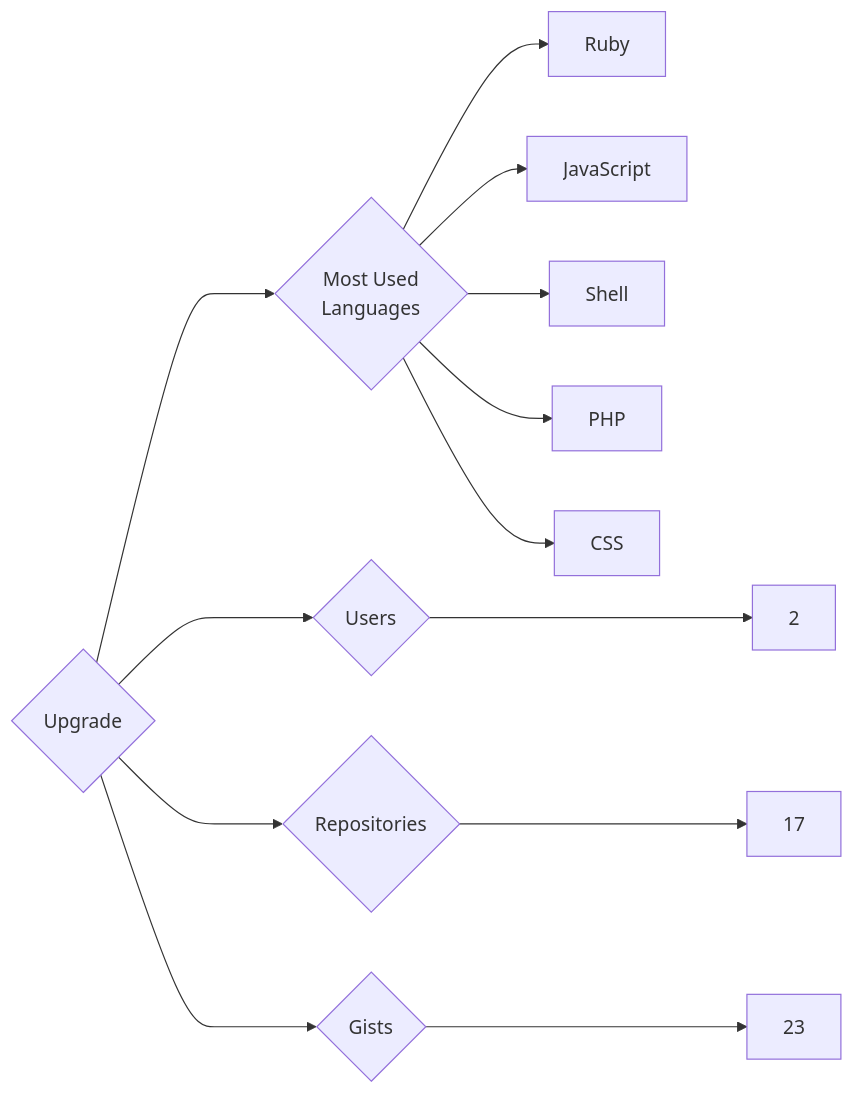
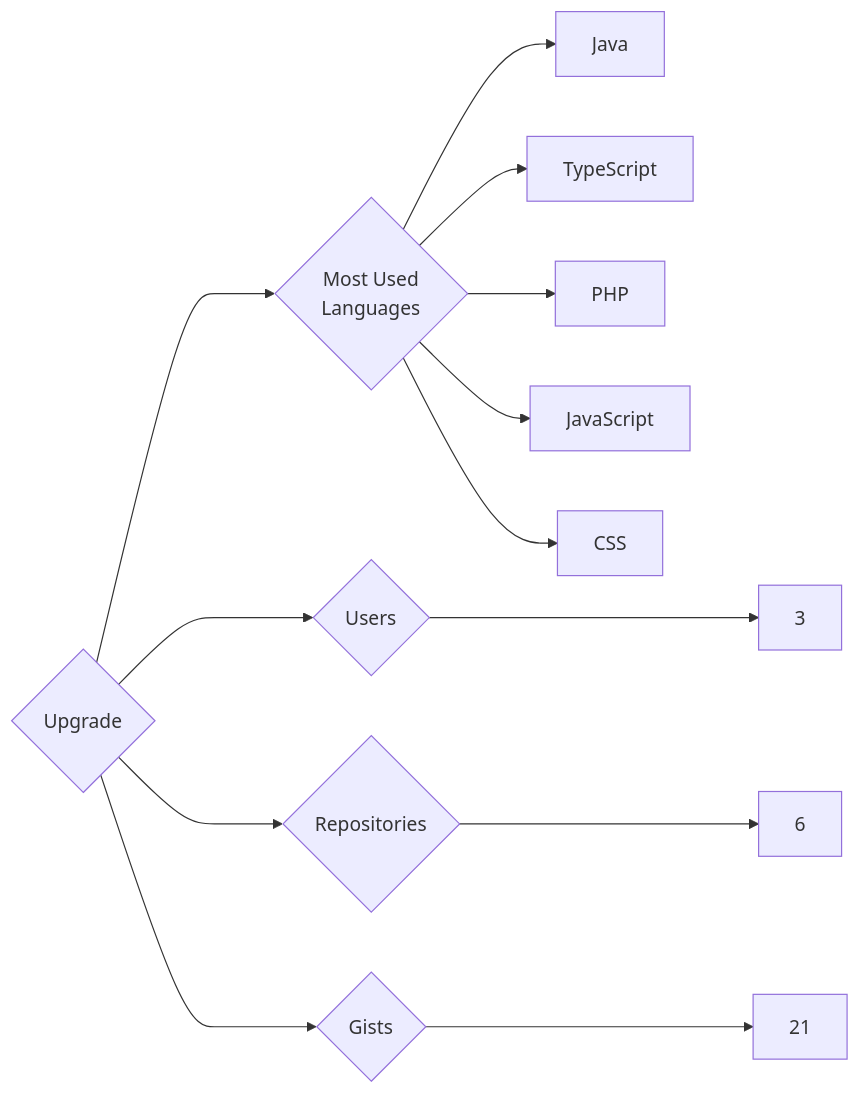
The diagram in targets/Upgrade/README.md (trickest/insiders), drawn with Mermaid before and after one commit. The commit also changed 995 other files, not shown here.

````diff
--- a/targets/Upgrade/README.md
+++ b/targets/Upgrade/README.md
@@ -3,13 +3,13 @@
 ```mermaid
 graph LR
 COMPANY_NAME{Upgrade}
-COMPANY_NAME ---> U{Users} ---> UN[2]
-COMPANY_NAME ---> R{Repositories} ---> RN[17]
-COMPANY_NAME ---> G{Gists} ---> GN[23]
+COMPANY_NAME ---> U{Users} ---> UN[3]
+COMPANY_NAME ---> R{Repositories} ---> RN[6]
+COMPANY_NAME ---> G{Gists} ---> GN[21]
 COMPANY_NAME ---> ML{Most Used<br>Languages}
-ML --> Ruby[Ruby]
+ML --> Java[Java]
+ML --> TypeScript[TypeScript]
+ML --> PHP[PHP]
 ML --> JavaScript[JavaScript]
-ML --> Shell[Shell]
-ML --> PHP[PHP]
 ML --> CSS[CSS]
 ```
````
